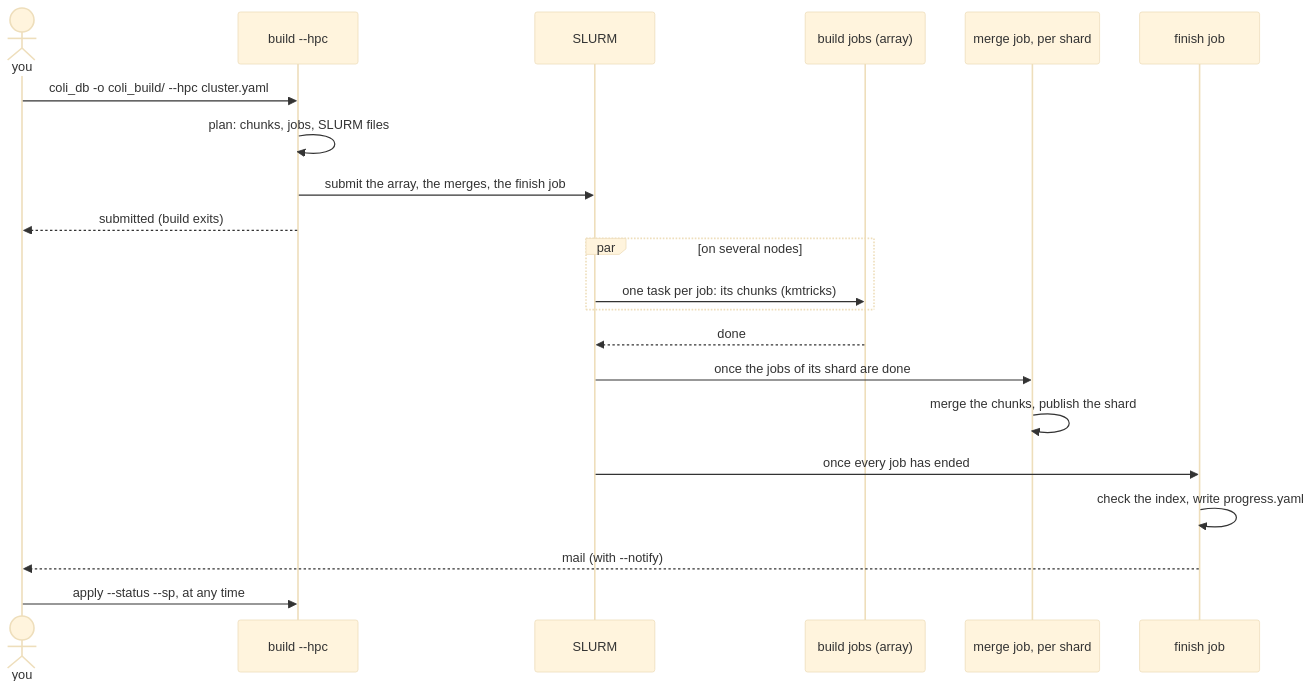
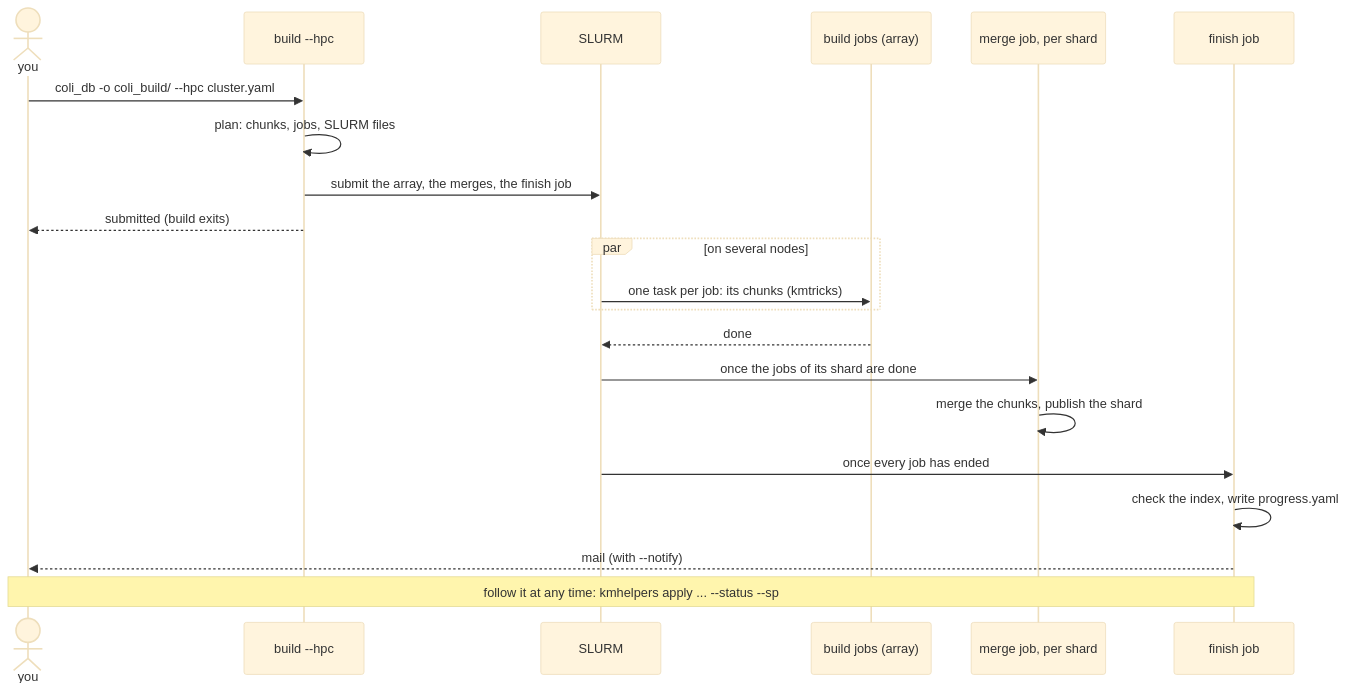
Before and after one commit to sebllns/kmhelpers: the second of 3 diagrams in docs/concepts/building.md, drawn with Mermaid (base theme).

Commit message:
Docs: cluster diagram, following the build is a note

````diff
--- a/docs/concepts/building.md
+++ b/docs/concepts/building.md
@@ -61,23 +61,23 @@
 ```mermaid
 sequenceDiagram
     actor U as you
     participant B as build --hpc
     participant SL as SLURM
     participant A as build jobs (array)
     participant M as merge job, per shard
     participant F as finish job
     U->>B: coli_db -o coli_build/ --hpc cluster.yaml
     B->>B: plan: chunks, jobs, SLURM files
     B->>SL: submit the array, the merges, the finish job
     B-->>U: submitted (build exits)
     par on several nodes
         SL->>A: one task per job: its chunks (kmtricks)
     end
     A-->>SL: done
     SL->>M: once the jobs of its shard are done
     M->>M: merge the chunks, publish the shard
     SL->>F: once every job has ended
     F->>F: check the index, write progress.yaml
     F-->>U: mail (with --notify)
-    U->>B: apply --status --sp, at any time
+    Note over U,F: follow it at any time: kmhelpers apply ... --status --sp
 ```
````
